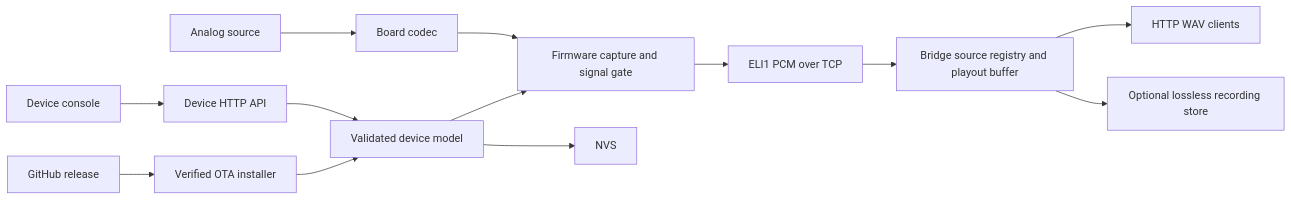
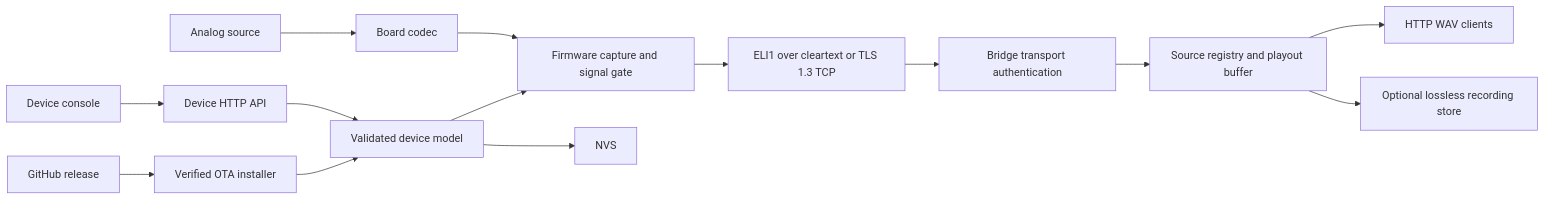
Before and after one commit to lutyjj/esp32-streamline: the first of 2 diagrams in docs/architecture.md, drawn with Mermaid. The commit also changed other lines of this file and 9 other files, not shown here.

````diff
--- a/docs/architecture.md
+++ b/docs/architecture.md
@@ -9,17 +9,18 @@
 ```mermaid
 flowchart LR
   input["Analog source"] --> codec["Board codec"]
   codec --> capture["Firmware capture and signal gate"]
-  capture --> tcp["ELI1 PCM over TCP"]
-  tcp --> bridge["Bridge source registry and playout buffer"]
+  capture --> tcp["ELI1 over cleartext or TLS 1.3 TCP"]
+  tcp --> auth["Bridge transport authentication"]
+  auth --> bridge["Source registry and playout buffer"]
   bridge --> wav["HTTP WAV clients"]
   bridge --> recording["Optional lossless recording store"]
 
   browser["Device console"] --> api["Device HTTP API"]
   api --> config["Validated device model"]
   config --> nvs["NVS"]
   config --> capture
 
   release["GitHub release"] --> ota["Verified OTA installer"]
   ota --> config
 ```
````
